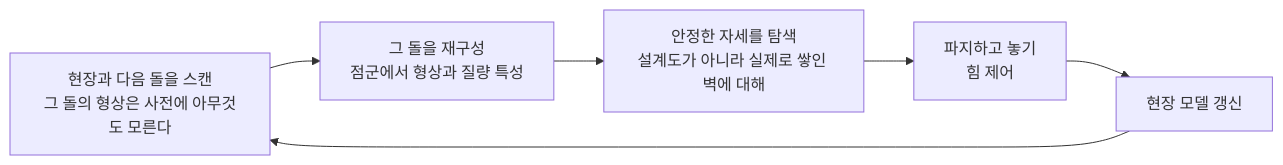
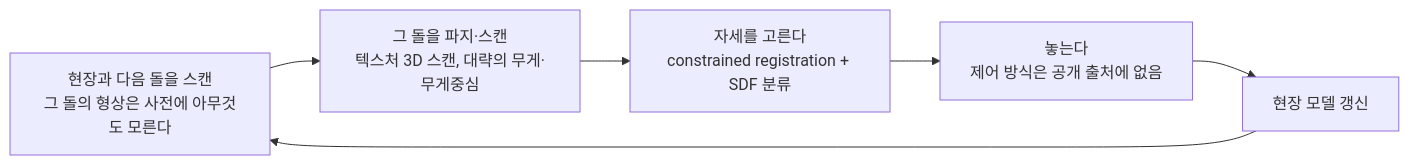
The second of 2 diagrams in content/01-canonical-papers/notes/8-construction/dry-stone-wall.md (jiseop-byeon/phd-wiki), drawn with Mermaid before and after one commit. The commit also changed other lines of this file and 4 other files, not shown here.

````diff
--- a/content/01-canonical-papers/notes/8-construction/dry-stone-wall.md
+++ b/content/01-canonical-papers/notes/8-construction/dry-stone-wall.md
@@ -69,8 +69,8 @@
 ```mermaid
 flowchart LR
-    SC["현장과 다음 돌을 스캔<br/>그 돌의 형상은 사전에 아무것도 모른다"] --> REC["그 돌을 재구성<br/>점군에서 형상과 질량 특성"]
-    REC --> PL["안정한 자세를 탐색<br/>설계도가 아니라 실제로 쌓인 벽에 대해"]
-    PL --> PLACE["파지하고 놓기<br/>힘 제어"]
+    SC["현장과 다음 돌을 스캔<br/>그 돌의 형상은 사전에 아무것도 모른다"] --> REC["그 돌을 파지·스캔<br/>텍스처 3D 스캔, 대략의 무게·무게중심"]
+    REC --> PL["자세를 고른다<br/>constrained registration + SDF 분류"]
+    PL --> PLACE["놓는다<br/>제어 방식은 공개 출처에 없음"]
     PLACE --> UP["현장 모델 갱신"]
     UP --> SC
 ```
````
